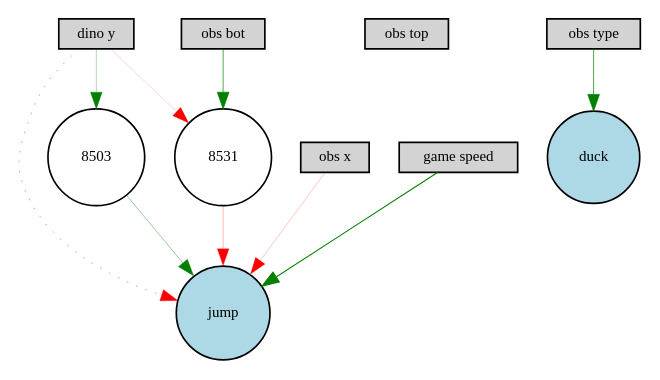
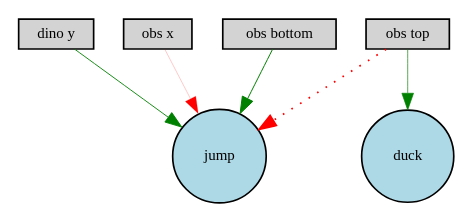
Before and after one commit to faza666/Chrome_Dinosaur_Game_AI-master: the diagram in winner_genome/Digraph.gv, drawn with Graphviz. The commit also changed 4 other files, not shown here.

```diff
--- a/winner_genome/Digraph.gv
+++ b/winner_genome/Digraph.gv
@@ -1,22 +1,14 @@
 digraph {
 	node [fontsize=9 height=0.2 shape=circle width=0.2]
 	"dino y" [fillcolor=lightgray shape=box style=filled]
 	"obs x" [fillcolor=lightgray shape=box style=filled]
 	"obs top" [fillcolor=lightgray shape=box style=filled]
-	"obs bot" [fillcolor=lightgray shape=box style=filled]
-	"obs type" [fillcolor=lightgray shape=box style=filled]
-	"game speed" [fillcolor=lightgray shape=box style=filled]
+	"obs bottom" [fillcolor=lightgray shape=box style=filled]
 	duck [fillcolor=lightblue style=filled]
 	jump [fillcolor=lightblue style=filled]
-	8531 [fillcolor=white style=filled]
-	8503 [fillcolor=white style=filled]
-	"dino y" -> jump [color=red penwidth=0.27029846883351943 style=dotted]
-	"dino y" -> 8503 [color=green penwidth=0.18586320238636617 style=solid]
-	8503 -> jump [color=green penwidth=0.24468449494496958 style=solid]
-	"game speed" -> jump [color=green penwidth=0.6742413508794428 style=solid]
-	"dino y" -> 8531 [color=red penwidth=0.10182736652061353 style=solid]
-	8531 -> jump [color=red penwidth=0.16847580358306669 style=solid]
-	"obs type" -> duck [color=green penwidth=0.4271561582477006 style=solid]
-	"obs bot" -> 8531 [color=green penwidth=0.40660054980402693 style=solid]
-	"obs x" -> jump [color=red penwidth=0.13539006581388885 style=solid]
+	"dino y" -> jump [color=green penwidth=0.5438933274715018 style=solid]
+	"obs x" -> jump [color=red penwidth=0.13358031707984697 style=solid]
+	"obs top" -> jump [color=red penwidth=1.0521224088529768 style=dotted]
+	"obs bottom" -> jump [color=green penwidth=0.5980055597641311 style=solid]
+	"obs top" -> duck [color=green penwidth=0.39555435223291047 style=solid]
 }
```
